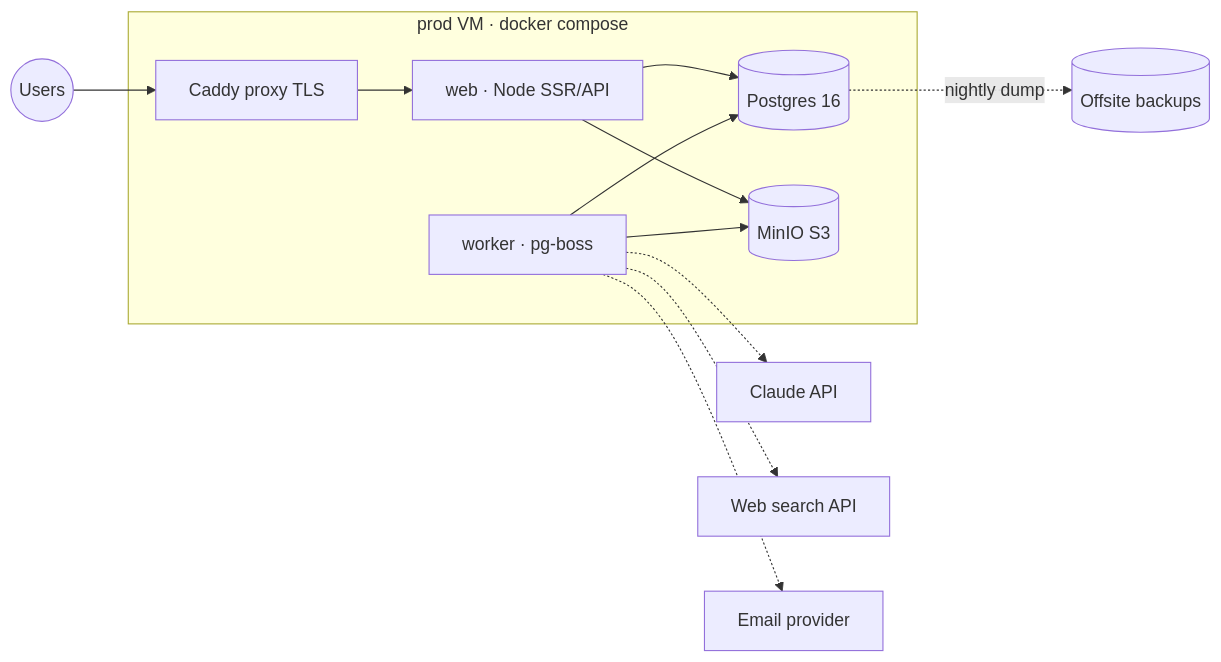
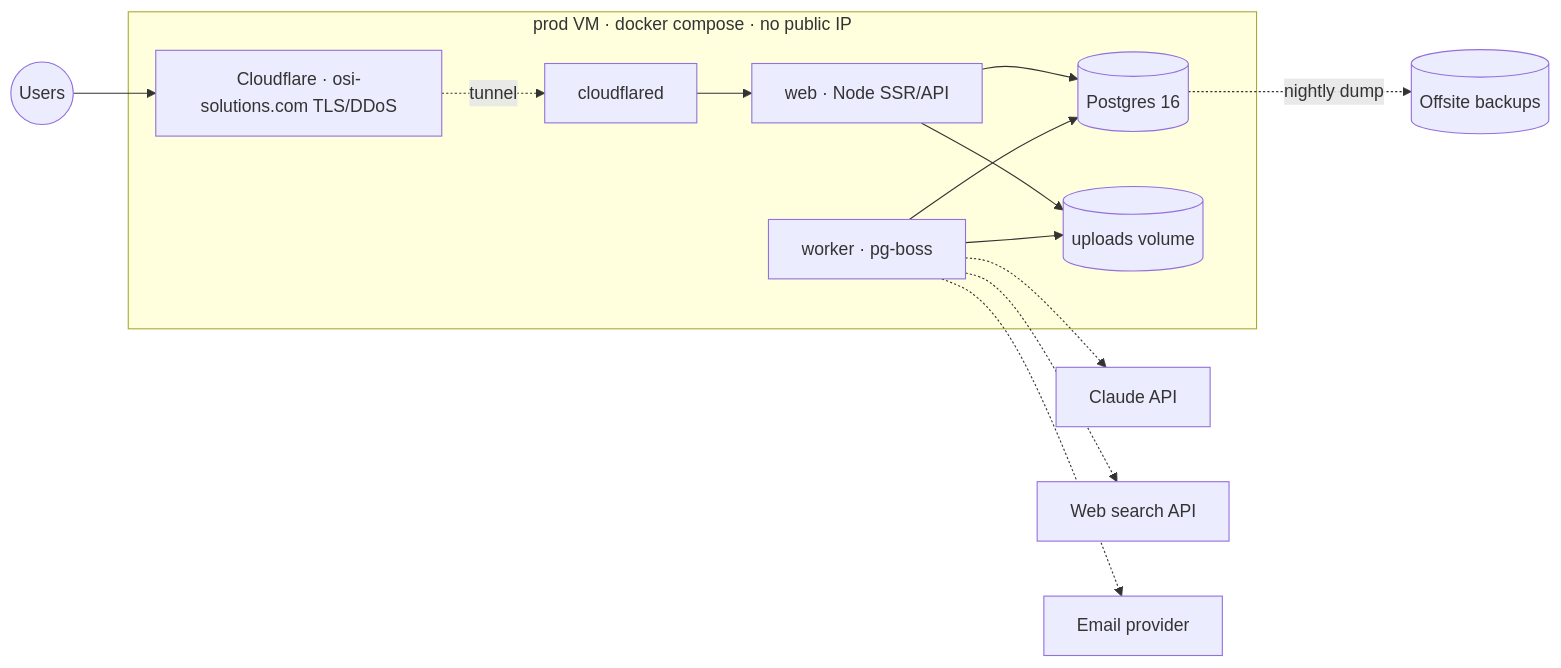
The diagram in doc/INFRA.md (yvesjunior/oversea-sourcing), drawn with Mermaid before and after one commit. The commit also changed other lines of this file and 47 other files, not shown here.

````diff
--- a/doc/INFRA.md
+++ b/doc/INFRA.md
@@ -52,15 +57,16 @@
 ```mermaid
 flowchart LR
-    U((Users)) --> C[Caddy proxy TLS]
-    subgraph VM [prod VM · docker compose]
-        C --> W1[web · Node SSR/API]
+    U((Users)) --> CF[Cloudflare · osi-solutions.com TLS/DDoS]
+    subgraph VM [prod VM · docker compose · no public IP]
+        CF -. tunnel .-> T[cloudflared]
+        T --> W1[web · Node SSR/API]
         W1 --> PG[(Postgres 16)]
         WK[worker · pg-boss] --> PG
-        W1 --> M[(MinIO S3)]
-        WK --> M
+        W1 --> UP[(uploads volume)]
+        WK --> UP
     end
     WK -.-> CL[Claude API]
     WK -.-> WS[Web search API]
     WK -.-> EM[Email provider]
     PG -. nightly dump .-> BK[(Offsite backups)]
 ```
````
